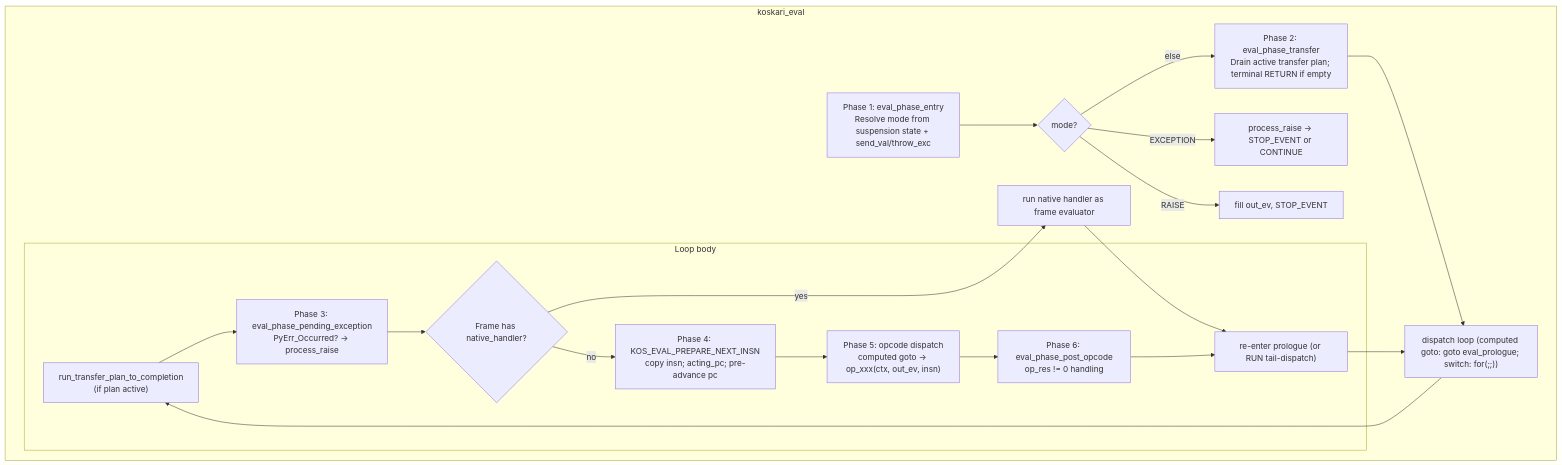
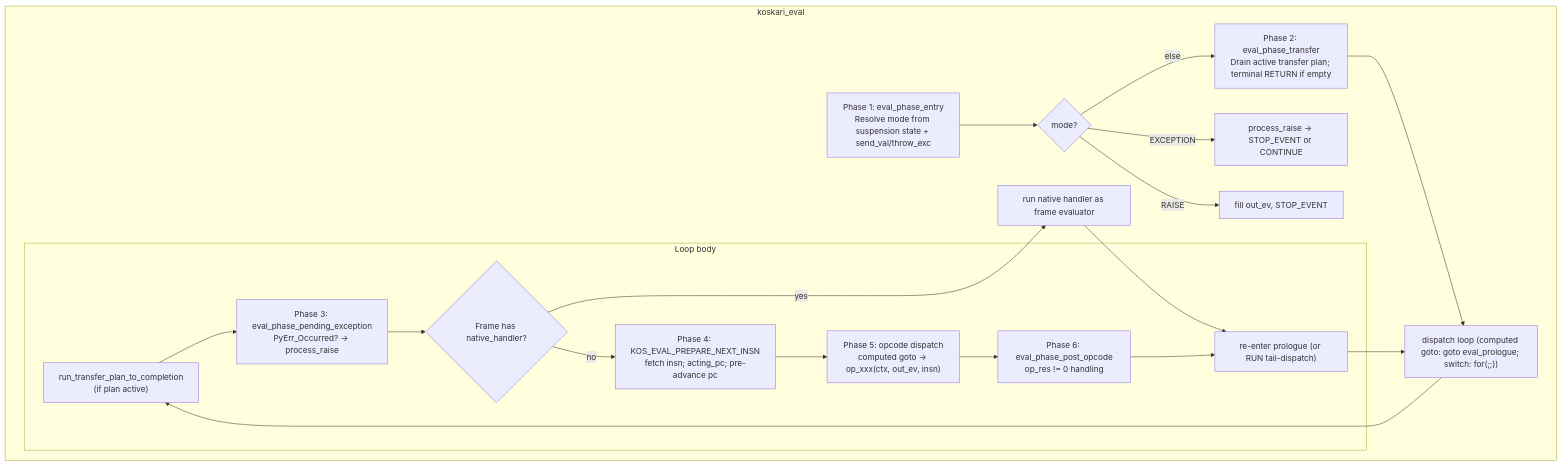
One commit to koskari-lang/koskari changed the first of 10 diagrams in design/EVALUATOR.md. Above: the diagram before and after it, drawn with Mermaid. The commit also changed other lines of this file and 3 other files, not shown here.

First line of the commit message:
eval: inline KosEvalState init/sync and simplify insn access

````diff
--- a/design/EVALUATOR.md
+++ b/design/EVALUATOR.md
@@ -26,31 +26,31 @@
 ```mermaid
 flowchart TD
     subgraph koskari_eval["koskari_eval"]
         P1["Phase 1: eval_phase_entry<br/>Resolve mode from suspension state + send_val/throw_exc"]
         mode_check{"mode?"}
         P2["Phase 2: eval_phase_transfer<br/>Drain active transfer plan; terminal RETURN if empty"]
         loop_start["dispatch loop (computed goto: goto eval_prologue; switch: for(;;))"]
 
         subgraph loop["Loop body"]
             Xfer["run_transfer_plan_to_completion<br/>(if plan active)"]
             P3["Phase 3: eval_phase_pending_exception<br/>PyErr_Occurred? → process_raise"]
             Native{"Frame has native_handler?"}
-            P4["Phase 4: KOS_EVAL_PREPARE_NEXT_INSN<br>copy insn; acting_pc; pre-advance pc"]
+            P4["Phase 4: KOS_EVAL_PREPARE_NEXT_INSN<br>fetch insn; acting_pc; pre-advance pc"]
             P5["Phase 5: opcode dispatch<br/>computed goto → op_xxx(ctx, out_ev, insn)"]
             P6["Phase 6: eval_phase_post_opcode<br>op_res != 0 handling"]
             next["re-enter prologue (or RUN tail-dispatch)"]
         end
 
         P1 --> mode_check
         mode_check -->|"EXCEPTION"| process_raise_1["process_raise → STOP_EVENT or CONTINUE"]
         mode_check -->|"RAISE"| fill_out_ev["fill out_ev, STOP_EVENT"]
         mode_check -->|"else"| P2
         P2 --> loop_start
         loop_start --> Xfer --> P3 --> Native
         Native -->|yes| run_native["run native handler as frame evaluator"]
         Native -->|no| P4
         run_native --> next
         P4 --> P5 --> P6 --> next
         next --> loop_start
     end
 ```
````
